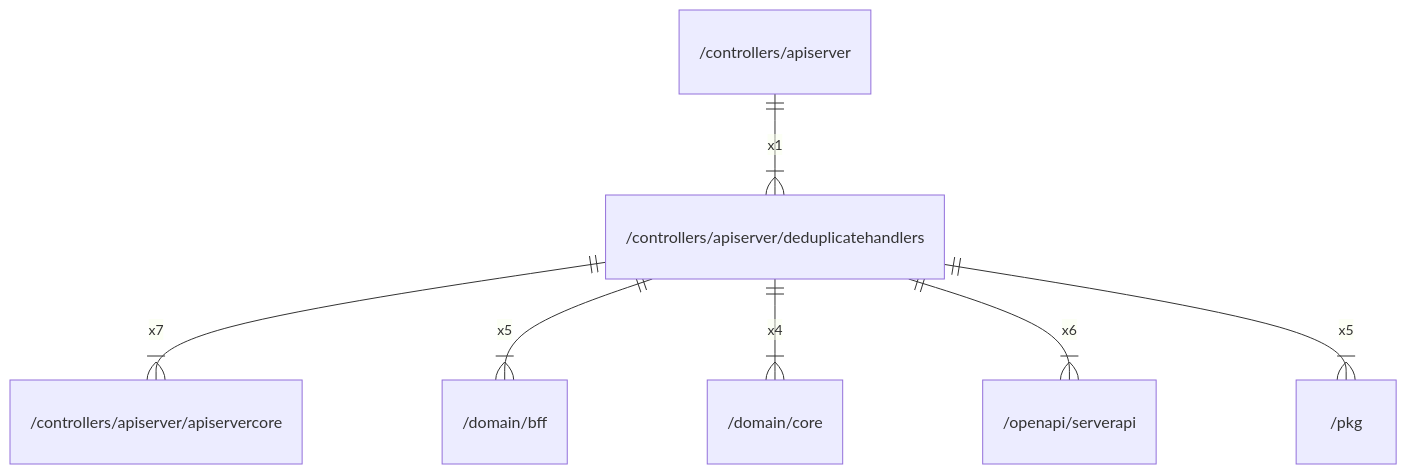
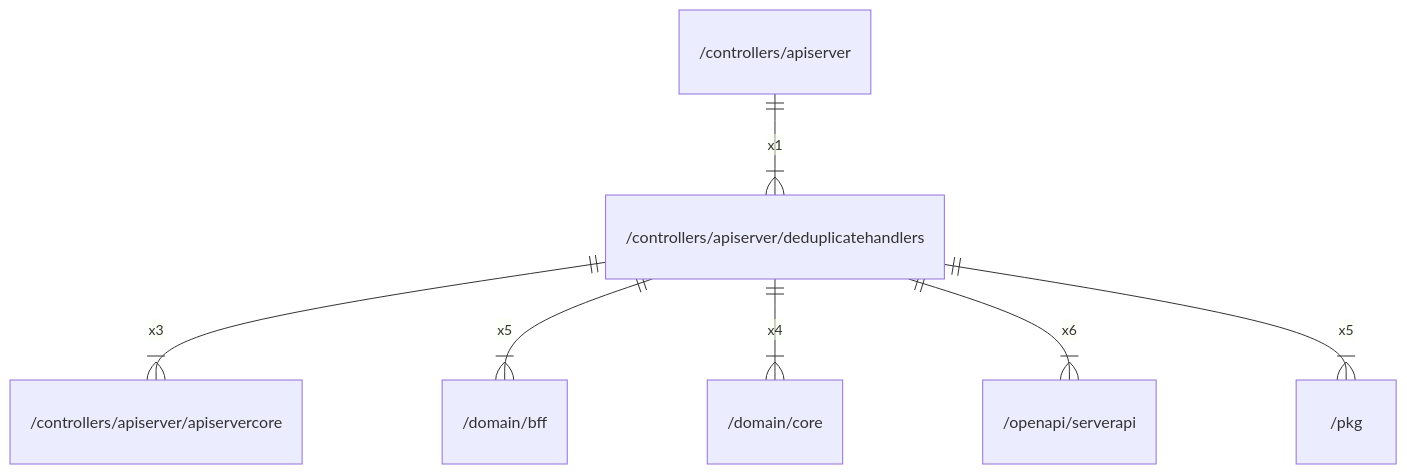
Before and after one commit to gbh007/hgraber-next: the diagram in docs/arch/controllers/apiserver/deduplicatehandlers.md, drawn with Mermaid. The commit also changed other lines of this file and 98 other files, not shown here.

````diff
--- a/docs/arch/controllers/apiserver/deduplicatehandlers.md
+++ b/docs/arch/controllers/apiserver/deduplicatehandlers.md
@@ -26,9 +38,9 @@
 ```mermaid
 erDiagram
     "/controllers/apiserver" ||--|{ "/controllers/apiserver/deduplicatehandlers" : x1
-    "/controllers/apiserver/deduplicatehandlers" ||--|{ "/controllers/apiserver/apiservercore" : x7
+    "/controllers/apiserver/deduplicatehandlers" ||--|{ "/controllers/apiserver/apiservercore" : x3
     "/controllers/apiserver/deduplicatehandlers" ||--|{ "/domain/bff" : x5
     "/controllers/apiserver/deduplicatehandlers" ||--|{ "/domain/core" : x4
     "/controllers/apiserver/deduplicatehandlers" ||--|{ "/openapi/serverapi" : x6
     "/controllers/apiserver/deduplicatehandlers" ||--|{ "/pkg" : x5
 ```
````
